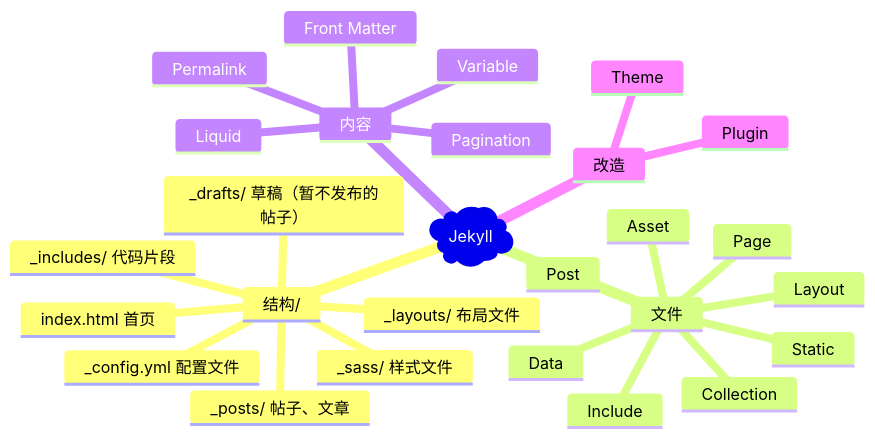
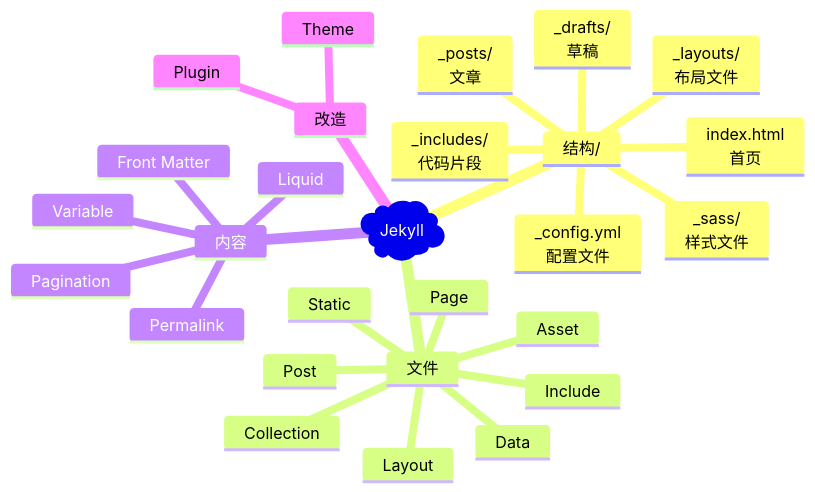
Before and after one commit to nanhualyq/nanhualyq.github.io: the diagram in _posts/2024-01-19-jekyll.md, drawn with Mermaid. The commit also changed other lines of this file, not shown here.

Commit message:
update jekyll

```diff
--- a/_posts/2024-01-19-jekyll.md
+++ b/_posts/2024-01-19-jekyll.md
@@ -16,30 +17,30 @@
 <pre class="mermaid">
 mindmap
 	Root)Jekyll(
 		结构/
-			index.html 首页
-			_config.yml 配置文件
-			_posts/ 帖子、文章
-			_drafts/ 草稿（暂不发布的帖子）
-			_includes/ 代码片段
-			_layouts/ 布局文件
-			_sass/ 样式文件
+			index.html <br> 首页
+			_config.yml <br> 配置文件
+			_posts/ <br> 文章
+			_drafts/ <br> 草稿
+			_includes/ <br> 代码片段
+			_layouts/ <br> 布局文件
+			_sass/ <br> 样式文件
 		文件
 			Page
 			Post
 			Collection
 			Data
 			Asset
 			Static
 			Include
 			Layout
 		内容
 			Front Matter
 			Liquid
 			Variable
 			Permalink
 			Pagination
 		改造
 			Theme
 			Plugin
 </pre>
```
